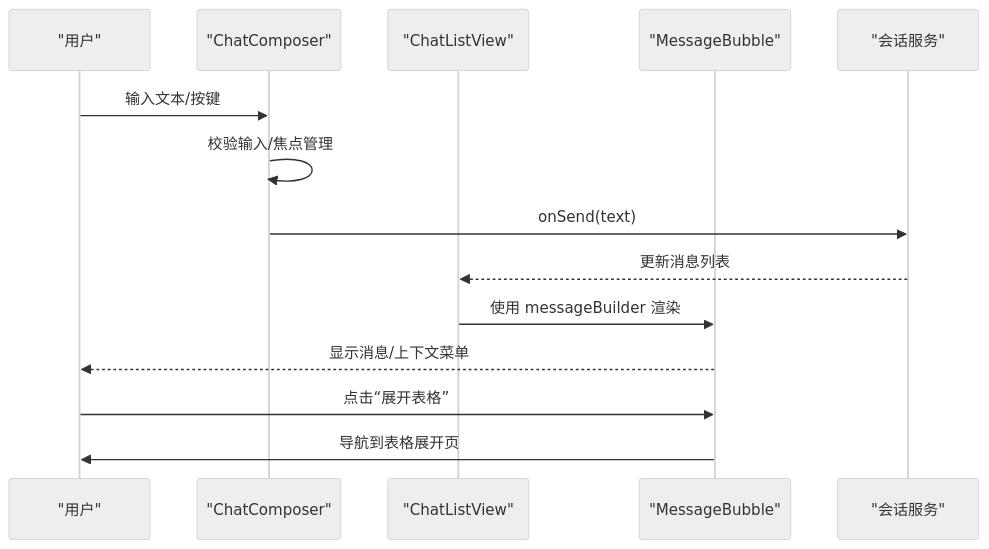
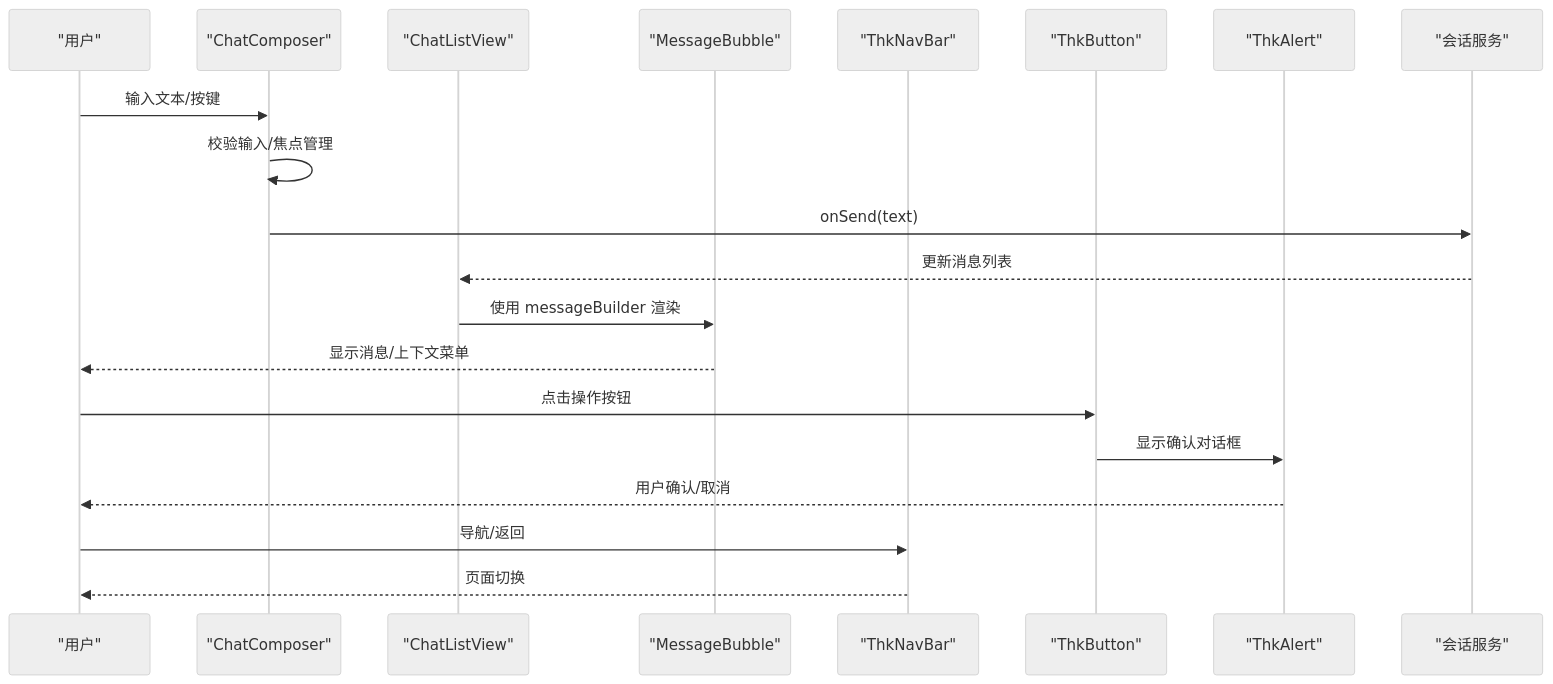
Before and after one commit to Ykworm/thktree: the second of 12 diagrams in .qoder/repowiki/zh/content/UI 组件库/核心 UI 组件.md, drawn with Mermaid (neutral theme). The commit also changed other lines of this file and 39 other files, not shown here.

````diff
--- a/.qoder/repowiki/zh/content/UI 组件库/核心 UI 组件.md
+++ b/.qoder/repowiki/zh/content/UI 组件库/核心 UI 组件.md
@@ -91,16 +147,22 @@
 ```mermaid
 sequenceDiagram
 participant U as "用户"
 participant CC as "ChatComposer"
 participant CLV as "ChatListView"
 participant MB as "MessageBubble"
+participant TNB as "ThkNavBar"
+participant TBTN as "ThkButton"
+participant TAL as "ThkAlert"
 participant SM as "会话服务"
 U->>CC : 输入文本/按键
 CC->>CC : 校验输入/焦点管理
 CC->>SM : onSend(text)
 SM-->>CLV : 更新消息列表
 CLV->>MB : 使用 messageBuilder 渲染
 MB-->>U : 显示消息/上下文菜单
-U->>MB : 点击“展开表格”
-MB->>U : 导航到表格展开页
+U->>TBTN : 点击操作按钮
+TBTN->>TAL : 显示确认对话框
+TAL-->>U : 用户确认/取消
+U->>TNB : 导航/返回
+TNB-->>U : 页面切换
 ```
````
